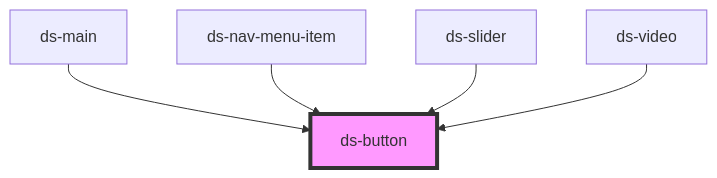
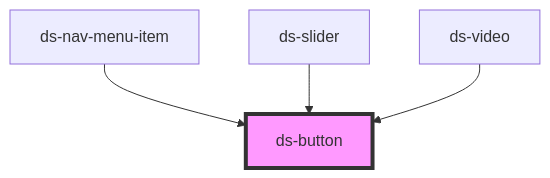
Before and after one commit to jezoock/dot-stash: the diagram in components/button/readme.md, drawn with Mermaid. The commit also changed other lines of this file and 13 other files, not shown here.

````diff
--- a/components/button/readme.md
+++ b/components/button/readme.md
@@ -37,8 +36,7 @@
 ```mermaid
 graph TD;
-  ds-main --> ds-button
   ds-nav-menu-item --> ds-button
   ds-slider --> ds-button
   ds-video --> ds-button
   style ds-button fill:#f9f,stroke:#333,stroke-width:4px
 ```
````
